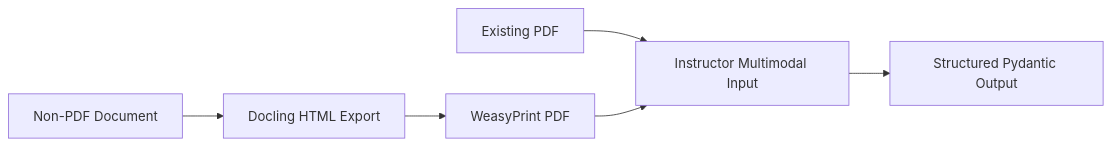
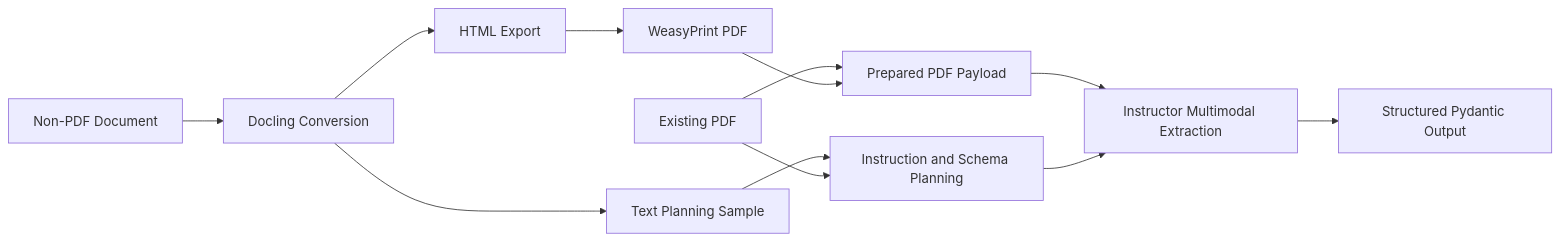
Before and after one commit to Blacksuan19/structx: the diagram in docs/guides/unstructured-text.md, drawn with Mermaid. The commit also changed other lines of this file and 15 other files, not shown here.

````diff
--- a/docs/guides/unstructured-text.md
+++ b/docs/guides/unstructured-text.md
@@ -21,8 +23,14 @@
 ```mermaid
 graph LR
-    A[Existing PDF] --> D[Instructor Multimodal Input]
-    B[Non-PDF Document] --> C[Docling HTML Export]
-    C --> E[WeasyPrint PDF]
-    E --> D
-    D --> F[Structured Pydantic Output]
+    A[Existing PDF] --> D[Prepared PDF Payload]
+    B[Non-PDF Document] --> C[Docling Conversion]
+    C --> E[Text Planning Sample]
+    C --> F[HTML Export]
+    F --> G[WeasyPrint PDF]
+    G --> D
+    D --> H[Instructor Multimodal Extraction]
+    E --> I[Instruction and Schema Planning]
+    A --> I
+    I --> H
+    H --> J[Structured Pydantic Output]
 ```
````
